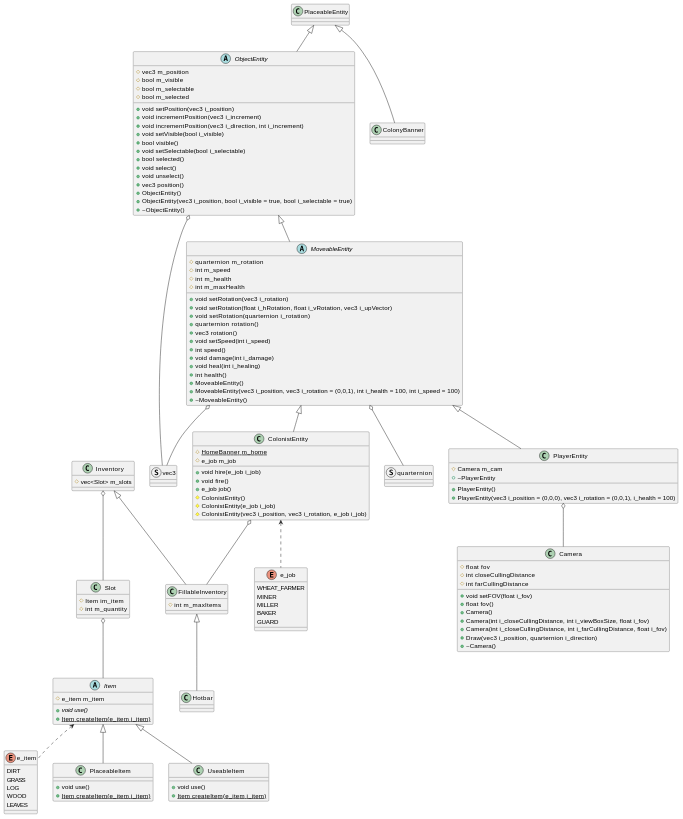
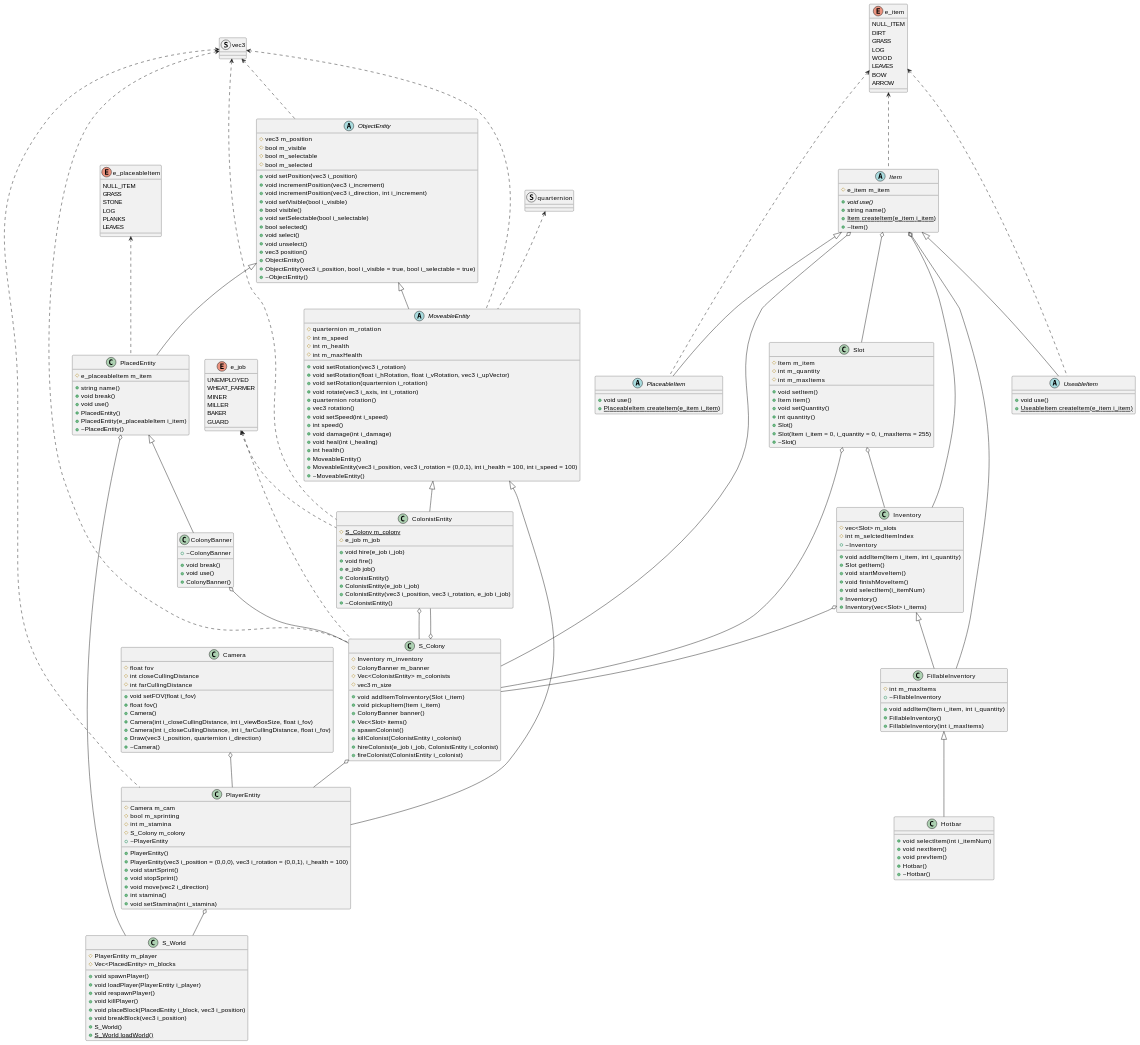
Before and after one commit to NCCA/programming-assignment-supersliser: the diagram in ClassDiagram.md, drawn with PlantUML. The commit also changed 1 other file, not shown here.

Commit message:
updated class diagram

```diff
--- a/ClassDiagram.md
+++ b/ClassDiagram.md
@@ -2,6 +2,7 @@
 struct vec3
 struct quarternion
 enum e_job {
+	UNEMPLOYED
 	WHEAT_FARMER
 	MINER
 	MILLER
@@ -9,12 +10,22 @@
 	GUARD
 }
 enum e_item {
+	NULL_ITEM
 	DIRT
 	GRASS
 	LOG
 	WOOD
 	LEAVES
-	
+	BOW
+	ARROW
+}
+enum e_placeableItem {
+	NULL_ITEM
+	GRASS
+	STONE
+	LOG
+	PLANKS
+	LEAVES
 }
 abstract class ObjectEntity {
 	# vec3 m_position
@@ -35,6 +46,9 @@
 	+ ObjectEntity(vec3 i_position, bool i_visible = true, bool i_selectable = true)
 	+ ~ObjectEntity()
 }
+
+vec3 <.. ObjectEntity
+
 abstract class MoveableEntity {
 	# quarternion m_rotation
 	# int m_speed
@@ -43,6 +57,7 @@
 	+ void setRotation(vec3 i_rotation)
 	+ void setRotation(float i_hRotation, float i_vRotation, vec3 i_upVector)
 	+ void setRotation(quarternion i_rotation)
+	+ void rotate(vec3 i_axis, int i_rotation)
 	+ quarternion rotation()
 	+ vec3 rotation()
 	+ void setSpeed(int i_speed)
@@ -54,48 +69,127 @@
 	+ MoveableEntity(vec3 i_position, vec3 i_rotation = (0,0,1), int i_health = 100, int i_speed = 100)
 	+ ~MoveableEntity()
 }
+
+ObjectEntity <|-- MoveableEntity
+quarternion <.. MoveableEntity
+vec3 <.. MoveableEntity
+
 class PlayerEntity {
 	# Camera m_cam
+	# bool m_sprinting
+	# int m_stamina
+	# S_Colony m_colony
 	+ PlayerEntity()
 	+ PlayerEntity(vec3 i_position = (0,0,0), vec3 i_rotation = (0,0,1), i_health = 100)
+	+ void startSprint()
+	+ void stopSprint()
+	+ void move(vec2 i_direction)
+	+ int stamina()
+	+ void setStamina(int i_stamina)
 	+ ~PlayerEntity
 }
+
+MoveableEntity <|-- PlayerEntity
+vec3 <.. PlayerEntity
+S_Colony o-- PlayerEntity
+Camera o-- PlayerEntity
+
 class ColonistEntity {
-	# {static} HomeBanner m_home
+	# {static} S_Colony m_colony
 	# e_job m_job
 	+ void hire(e_job i_job)
 	+ void fire()
 	+ e_job job()
-	# ColonistEntity()
-	# ColonistEntity(e_job i_job)
-	# ColonistEntity(vec3 i_position, vec3 i_rotation, e_job i_job)
+	+ ColonistEntity()
+	+ ColonistEntity(e_job i_job)
+	+ ColonistEntity(vec3 i_position, vec3 i_rotation, e_job i_job)
+	+ ~ColonistEntity()
 }
+
+MoveableEntity <|-- ColonistEntity
+S_Colony o-- ColonistEntity
+e_job <.. ColonistEntity
+vec3 <.. ColonistEntity
+
 abstract class Item {
 	# e_item m_item
 	+ {abstract} void use()
+	+ string name()
 	+ {static} Item createItem(e_item i_item)
+	+ ~Item()
 }
-class PlaceableItem {
+
+e_item <.. Item
+
+abstract class PlaceableItem {
 	+ void use()
-	+ {static} Item createItem(e_item i_item)
+	+ {static} PlaceableItem createItem(e_item i_item)
 }
-class UseableItem {
+
+Item <|-- PlaceableItem
+e_item <.. PlaceableItem
+
+abstract class UseableItem {
 	+ void use()
-	+ {static} Item createItem(e_item i_item)
+	+ {static} UseableItem createItem(e_item i_item)
 }
+
+Item <|-- UseableItem
+e_item <.. UseableItem
+
 class Slot {
-	# Item im_item
+	# Item m_item
 	# int m_quantity
+	# int m_maxItems
+
+	+ void setItem()
+	+ Item item()
+	+ void setQuantity()
+	+ int quantity()
+	+ Slot()
+	+ Slot(Item i_item = 0, i_quantity = 0, i_maxItems = 255)
+	+ ~Slot()
 }
+
+Item o-- Slot
+
 class Inventory {
 	# vec<Slot> m_slots
+	# int m_selctedItemIndex
+	+ void addItem(Item i_item, int i_quantity)
+	+ Slot getItem()
+	+ void startMoveItem()
+	+ void finishMoveItem()
+	+ void selectItem(i_itemNum)
+	+ Inventory()
+	+ Inventory(vec<Slot> i_items)
+	+ ~Inventory
 }
+
+Slot o-- Inventory
+Item o-- Inventory
+
 class FillableInventory {
 	# int m_maxItems
+	+ void addItem(Item i_item, int i_quantity)
+	+ FillableInventory()
+	+ FillableInventory(int i_maxItems)
+	+ ~FillableInventory
 }
+
+Inventory <|-- FillableInventory
+Item o-- FillableInventory
+
 class Hotbar {
+	+ void selectItem(int i_itemNum)
+	+ void nextItem()
+	+ void prevItem()
+	+ Hotbar()
+	+ ~Hotbar()
+}
 
-}
+FillableInventory <|-- Hotbar
+
 class Camera {
 	# float fov
 	# int closeCullingDistance
@@ -108,35 +202,64 @@
 	+ Draw(vec3 i_position, quarternion i_direction)
 	+ ~Camera()
 }
-class PlaceableEntity {
-
-}
-class ColonyBanner {
-
+class PlacedEntity {
+	# e_placeableItem m_item
+	+ string name()
+	+ void break()
+	+ void use()
+	+ PlacedEntity()
+	+ PlacedEntity(e_placeableItem i_item)
+	+ ~PlacedEntity()
 }
 
-ObjectEntity <|-- MoveableEntity
+ObjectEntity <|-- PlacedEntity
+e_placeableItem <.. PlacedEntity
 
-MoveableEntity <|-- PlayerEntity
-MoveableEntity <|-- ColonistEntity
+class ColonyBanner {
+	+ void break()
+	+ void use()
+	+ ColonyBanner()
+	+ ~ColonyBanner
+}
 
-ColonistEntity <.. e_job
-ColonistEntity o-- FillableInventory
+PlacedEntity <|-- ColonyBanner
 
-Item <|-- PlaceableItem
-Item <|-- UseableItem
-Item <.. e_item
+class S_World {
+	# PlayerEntity m_player
+	# Vec<PlacedEntity> m_blocks
+	+ void spawnPlayer()
+	+ void loadPlayer(PlayerEntity i_player)
+	+ void respawnPlayer()
+	+ void killPlayer()
+	+ void placeBlock(PlacedEntity i_block, vec3 i_position)
+	+ void breakBlock(vec3 i_position)
+	+ S_World()
+	+ S_World {static} loadWorld()
+}
 
-Slot o-- Item
-Inventory o-- Slot
-Inventory <|-- FillableInventory
-FillableInventory <|-- Hotbar
+PlayerEntity o-- S_World
+PlacedEntity o-- S_World
 
-PlayerEntity o-- Camera
-ObjectEntity o-- vec3
-MoveableEntity o-- vec3
-MoveableEntity o-- quarternion
+class S_Colony {
+	# Inventory m_inventory
+	# ColonyBanner m_banner
+	# Vec<ColonistEntity> m_colonists
+	# vec3 m_size
+	+ void addItemToInventory(Slot i_item)
+	+ void pickupItem(Item i_item)
+	+ ColonyBanner banner()
+	+ Vec<Slot> items()
+	+ spawnColonist()
+	+ killColonist(ColonistEntity i_colonist)
+	+ hireColonist(e_job i_job, ColonistEntity i_colonist)
+	+ fireColonist(ColonistEntity i_colonist)
+}
 
-PlaceableEntity <|-- ObjectEntity
-PlaceableEntity <|-- ColonyBanner
+Inventory o-- S_Colony
+ColonyBanner o-- S_Colony
+ColonistEntity o-- S_Colony
+vec3 <.. S_Colony
+Slot o-- S_Colony
+Item o-- S_Colony
+e_job <.. S_Colony
 @enduml
```
